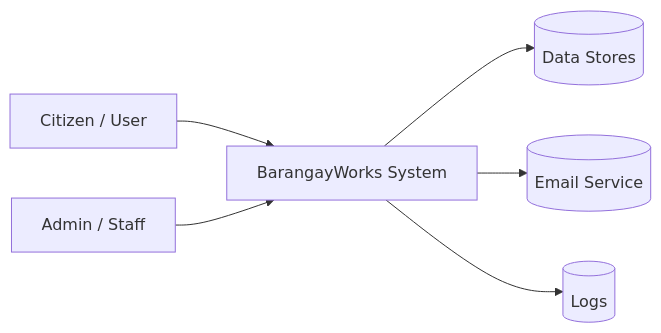
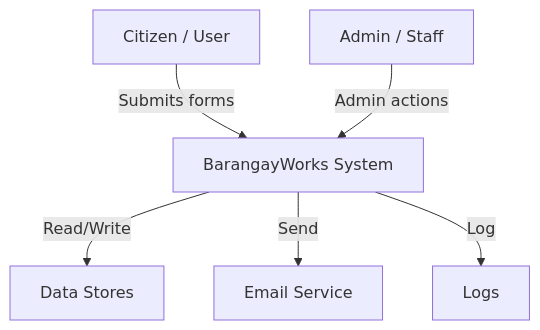
One commit to koiboiiiii/barangayWorksJS changed the first of 2 diagrams in DFD.md. Above: the diagram before and after it, drawn with Mermaid. The commit also changed other lines of this file, not shown here.

````diff
--- a/DFD.md
+++ b/DFD.md
@@ -6,8 +6,8 @@
 ```mermaid
-graph LR
-  Citizen["Citizen / User"] --> System["BarangayWorks System"]
-  Admin["Admin / Staff"] --> System
-  System --> DB[("Data Stores")]
-  System --> Mail[("Email Service")]
-  System --> Logs[("Logs")]
+flowchart TD
+  User["Citizen / User"] -->|Submits forms| System["BarangayWorks System"]
+  Admin["Admin / Staff"] -->|Admin actions| System
+  System -->|Read/Write| Data["Data Stores"]
+  System -->|Send| Email["Email Service"]
+  System -->|Log| Logs["Logs"]
 ```
````
